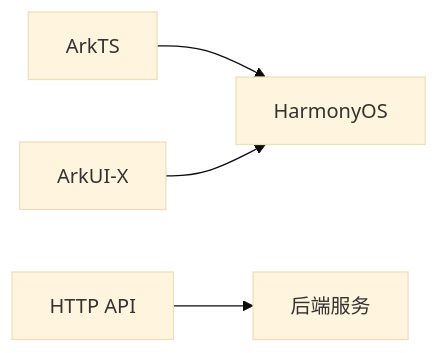
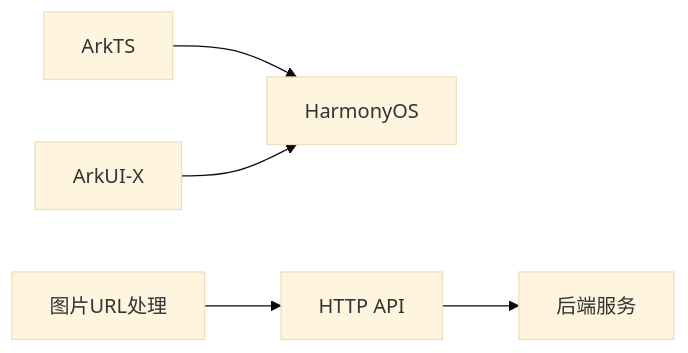
The first of 3 diagrams in README.md (zqaini002/YaoYaoLingXian), drawn with Mermaid (base theme) before and after one commit. The commit also changed other lines of this file and 20 other files, not shown here.

````diff
--- a/README.md
+++ b/README.md
@@ -29,6 +27,7 @@
 ```mermaid
 graph LR
     A[ArkTS] --> B[HarmonyOS]
     C[ArkUI-X] --> B
     D[HTTP API] --> E[后端服务]
+    F[图片URL处理] --> D
 ```
````
